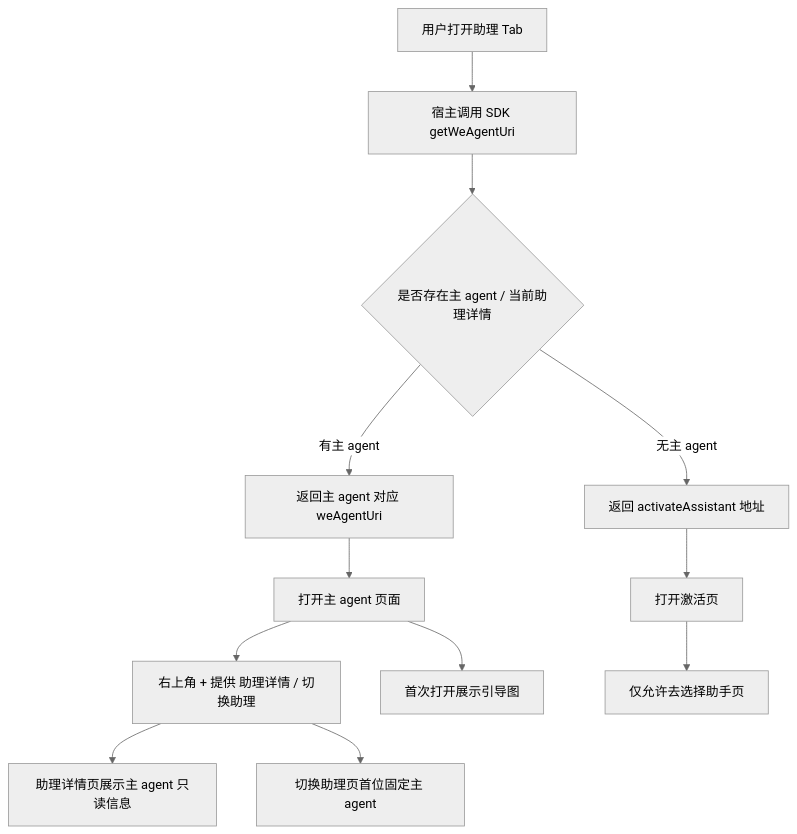
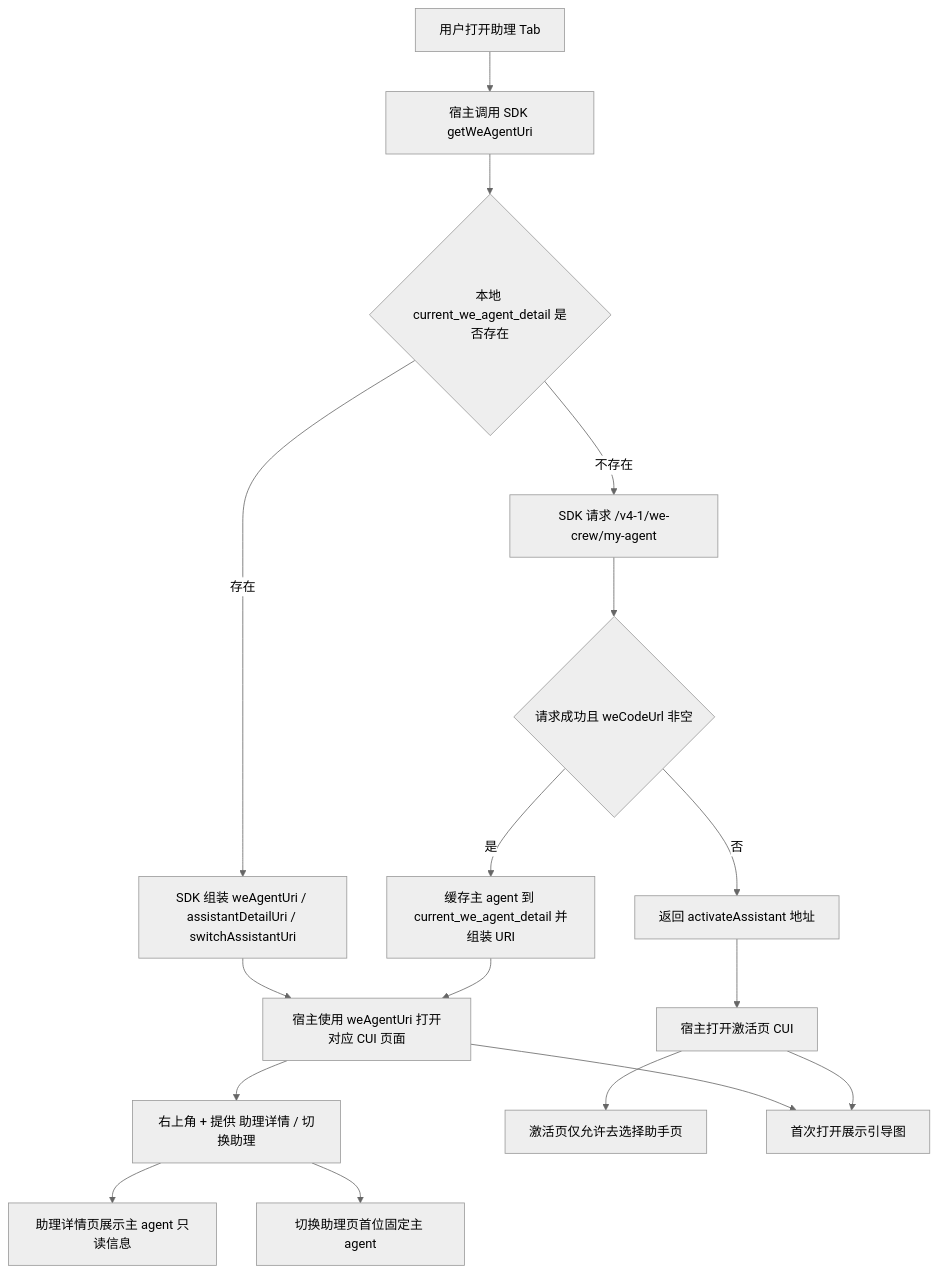
One commit to Abelsjcheng/skillSDK changed the first of 3 diagrams in ai-chat-viewer/docs/plans/2026-05-20-assistant-tab-default-wecode-plan.md. Above: the diagram before and after it, drawn with Mermaid (neutral theme). The commit also changed other lines of this file and 1 other file, not shown here.

````diff
--- a/ai-chat-viewer/docs/plans/2026-05-20-assistant-tab-default-wecode-plan.md
+++ b/ai-chat-viewer/docs/plans/2026-05-20-assistant-tab-default-wecode-plan.md
@@ -48,14 +44,19 @@
 ```mermaid
 flowchart TD
     A["用户打开助理 Tab"] --> B["宿主调用 SDK getWeAgentUri"]
-    B --> C{"是否存在主 agent / 当前助理详情"}
-    C -- 有主 agent --> D["返回主 agent 对应 weAgentUri"]
-    C -- 无主 agent --> E["返回 activateAssistant 地址"]
-    D --> F["打开主 agent 页面"]
-    E --> G["打开激活页"]
-    F --> H["右上角 + 提供 助理详情 / 切换助理"]
-    G --> I["仅允许去选择助手页"]
-    F --> J["首次打开展示引导图"]
-    H --> K["助理详情页展示主 agent 只读信息"]
-    H --> L["切换助理页首位固定主 agent"]
+    B --> C{"本地 current_we_agent_detail 是否存在"}
+    C -- 存在 --> D["SDK 组装 weAgentUri / assistantDetailUri / switchAssistantUri"]
+    C -- 不存在 --> E["SDK 请求 /v4-1/we-crew/my-agent"]
+    E --> F{"请求成功且 weCodeUrl 非空"}
+    F -- 是 --> G["缓存主 agent 到 current_we_agent_detail 并组装 URI"]
+    F -- 否 --> H["返回 activateAssistant 地址"]
+    D --> I["宿主使用 weAgentUri 打开对应 CUI 页面"]
+    G --> I
+    H --> J["宿主打开激活页 CUI"]
+    I --> K["右上角 + 提供 助理详情 / 切换助理"]
+    J --> L["激活页仅允许去选择助手页"]
+    I --> M["首次打开展示引导图"]
+    J --> M
+    K --> N["助理详情页展示主 agent 只读信息"]
+    K --> O["切换助理页首位固定主 agent"]
 ```
````
